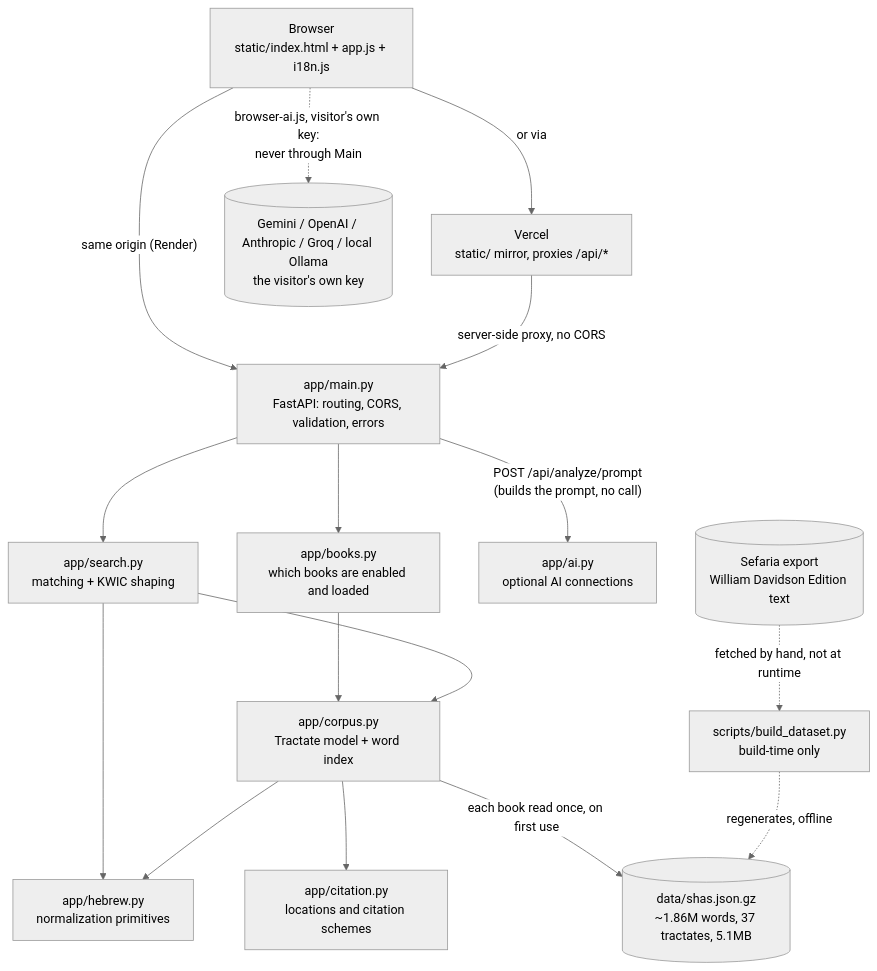
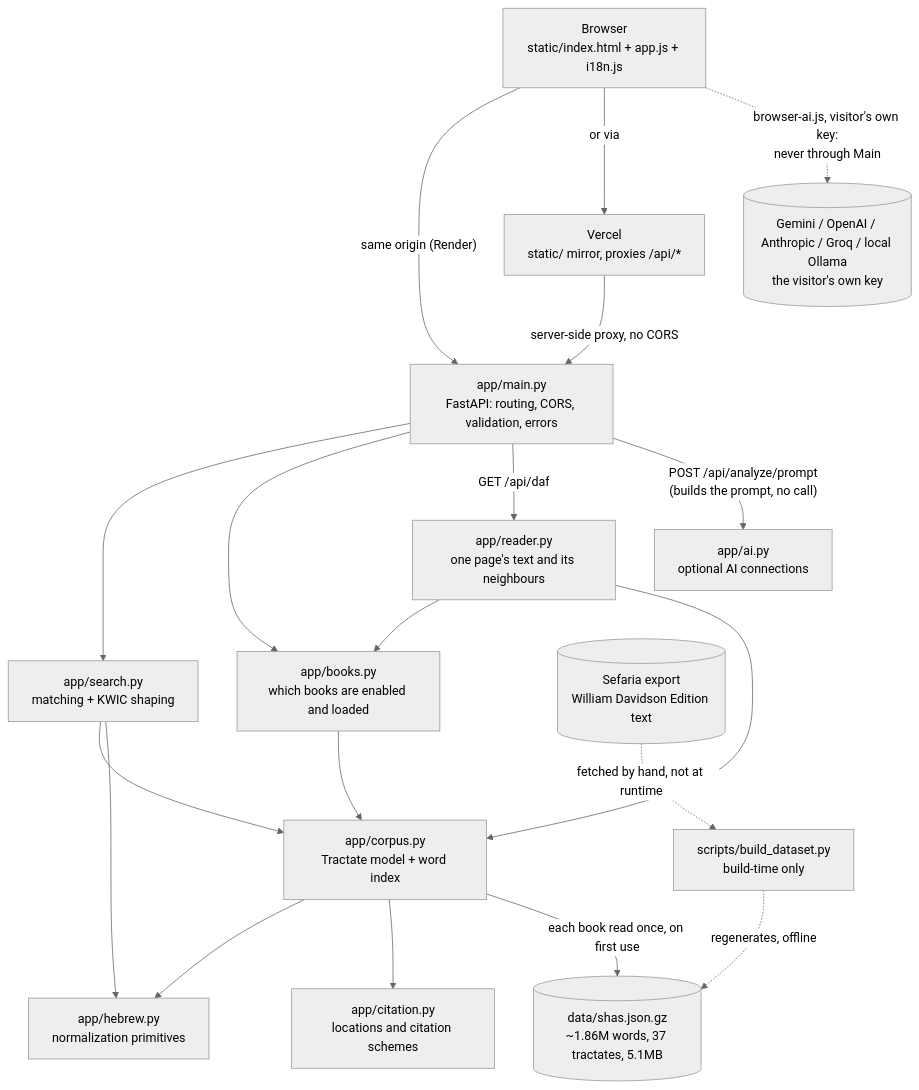
One commit to joka-7/shas-radar changed the first of 2 diagrams in docs/HLD.md. Above: the diagram before and after it, drawn with Mermaid (neutral theme). The commit also changed other lines of this file and 11 other files, not shown here.

First line of the commit message:
feat(reader): read the Bavli a page at a time

````diff
--- a/docs/HLD.md
+++ b/docs/HLD.md
@@ -48,32 +49,36 @@
 ```mermaid
 flowchart TD
     Browser["Browser<br/>static/index.html + app.js + i18n.js"]
     Vercel["Vercel<br/>static/ mirror, proxies /api/*"]
     Main["app/main.py<br/>FastAPI: routing, CORS, validation, errors"]
     Search["app/search.py<br/>matching + KWIC shaping"]
     Books["app/books.py<br/>which books are enabled and loaded"]
+    Reader["app/reader.py<br/>one page's text and its neighbours"]
     Citation["app/citation.py<br/>locations and citation schemes"]
     Corpus["app/corpus.py<br/>Tractate model + word index"]
     Hebrew["app/hebrew.py<br/>normalization primitives"]
     AI["app/ai.py<br/>optional AI connections"]
     Data[("data/shas.json.gz<br/>~1.86M words, 37 tractates, 5.1MB")]
     Build["scripts/build_dataset.py<br/>build-time only"]
     Sefaria[("Sefaria export<br/>William Davidson Edition text")]
     Vendor[("Gemini / OpenAI / Anthropic / Groq / local Ollama<br/>the visitor's own key")]
 
     Browser -->|"same origin (Render)"| Main
     Browser -->|"or via"| Vercel
     Vercel -->|"server-side proxy, no CORS"| Main
     Main --> Search
     Main --> Books
+    Main -->|"GET /api/daf"| Reader
+    Reader --> Books
+    Reader --> Corpus
     Books --> Corpus
     Main -->|"POST /api/analyze/prompt<br/>(builds the prompt, no call)"| AI
     Search --> Corpus
     Search --> Hebrew
     Corpus --> Hebrew
     Corpus --> Citation
     Corpus -->|"each book read once, on first use"| Data
     Browser -.->|"browser-ai.js, visitor's own key:<br/>never through Main"| Vendor
     Build -.->|"regenerates, offline"| Data
     Sefaria -.->|"fetched by hand, not at runtime"| Build
 ```
````
